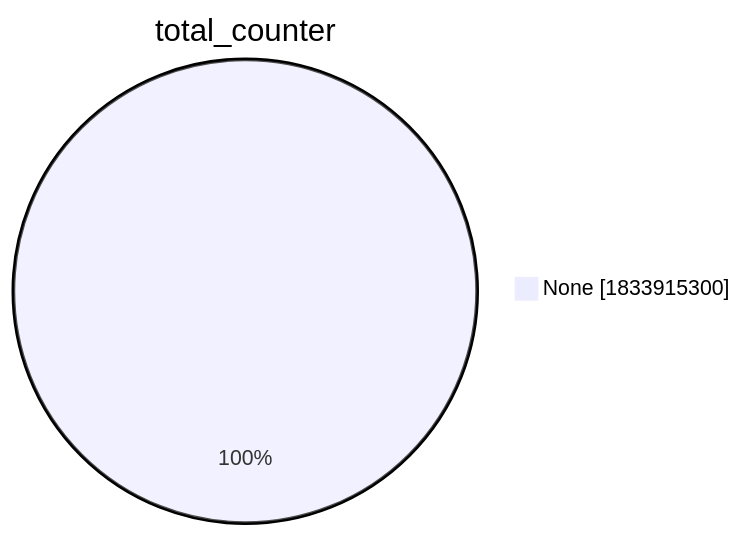
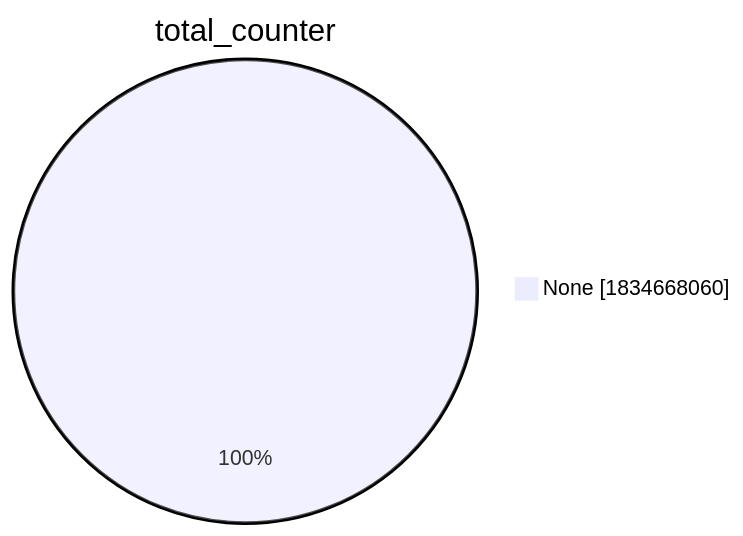
Before and after one commit to christiankrug/ctmonitor_visualization: the second of 15 diagrams in xenon2022/README.md, drawn with Mermaid. The commit also changed other lines of this file, not shown here.

````diff
--- a/xenon2022/README.md
+++ b/xenon2022/README.md
@@ -9,5 +9,5 @@
 ```mermaid
 pie showData
 title total_counter
-"None" :1833915300
+"None" :1834668060
 ```
````
